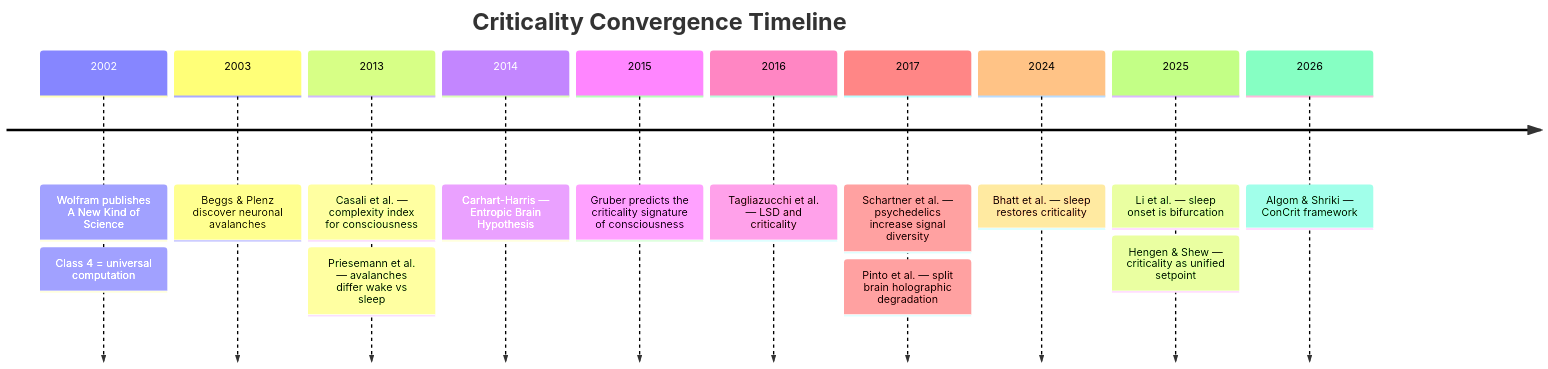
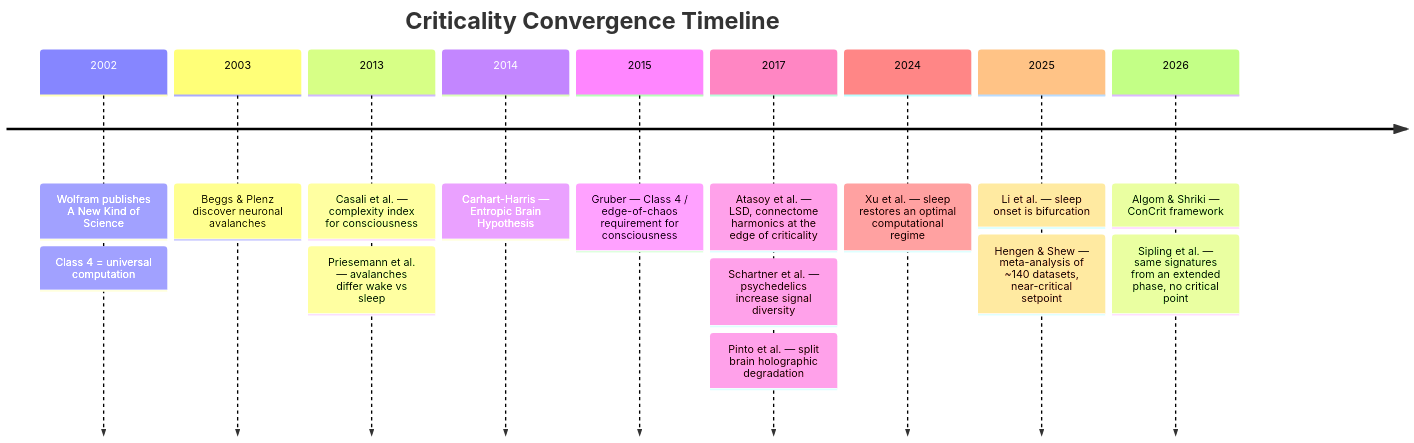
Before and after one commit to JeltzProstetnic/aIware: the fourth of 8 diagrams in wiki/reference/key-figures.md, drawn with Mermaid. The commit also changed other lines of this file and 124 other files, not shown here.

````diff
--- a/wiki/reference/key-figures.md
+++ b/wiki/reference/key-figures.md
@@ -134,18 +134,19 @@
 ```mermaid
 timeline
     title Criticality Convergence Timeline
     2002 : Wolfram publishes A New Kind of Science
          : Class 4 = universal computation
     2003 : Beggs & Plenz discover neuronal avalanches
     2013 : Casali et al. — complexity index for consciousness
          : Priesemann et al. — avalanches differ wake vs sleep
     2014 : Carhart-Harris — Entropic Brain Hypothesis
-    2015 : Gruber predicts the criticality signature of consciousness
-    2016 : Tagliazucchi et al. — LSD and criticality
-    2017 : Schartner et al. — psychedelics increase signal diversity
+    2015 : Gruber — Class 4 / edge-of-chaos requirement for consciousness
+    2017 : Atasoy et al. — LSD, connectome harmonics at the edge of criticality
+         : Schartner et al. — psychedelics increase signal diversity
          : Pinto et al. — split brain holographic degradation
-    2024 : Bhatt et al. — sleep restores criticality
+    2024 : Xu et al. — sleep restores an optimal computational regime
     2025 : Li et al. — sleep onset is bifurcation
-         : Hengen & Shew — criticality as unified setpoint
+         : Hengen & Shew — meta-analysis of ~140 datasets, near-critical setpoint
     2026 : Algom & Shriki — ConCrit framework
+         : Sipling et al. — same signatures from an extended phase, no critical point
 ```
````
